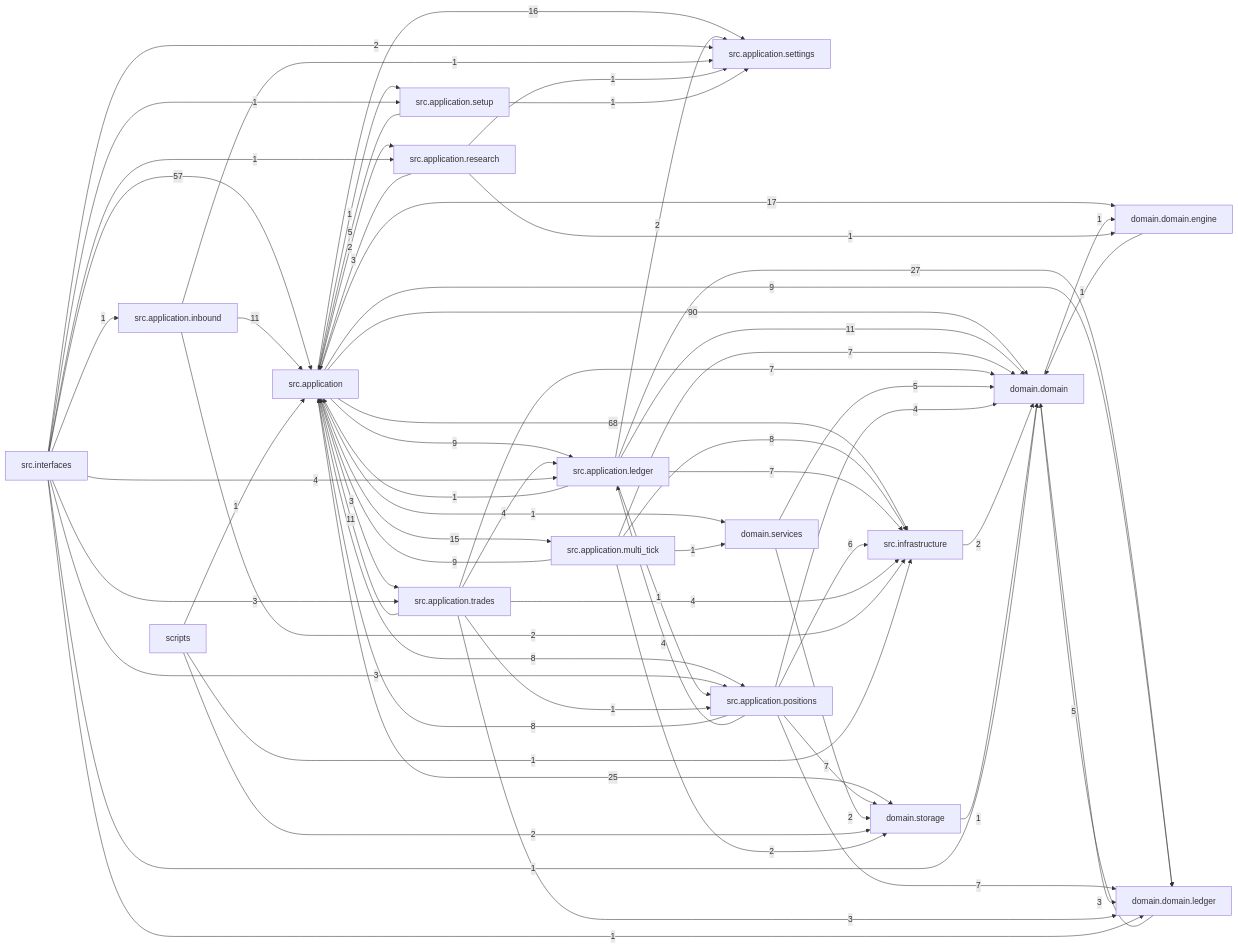
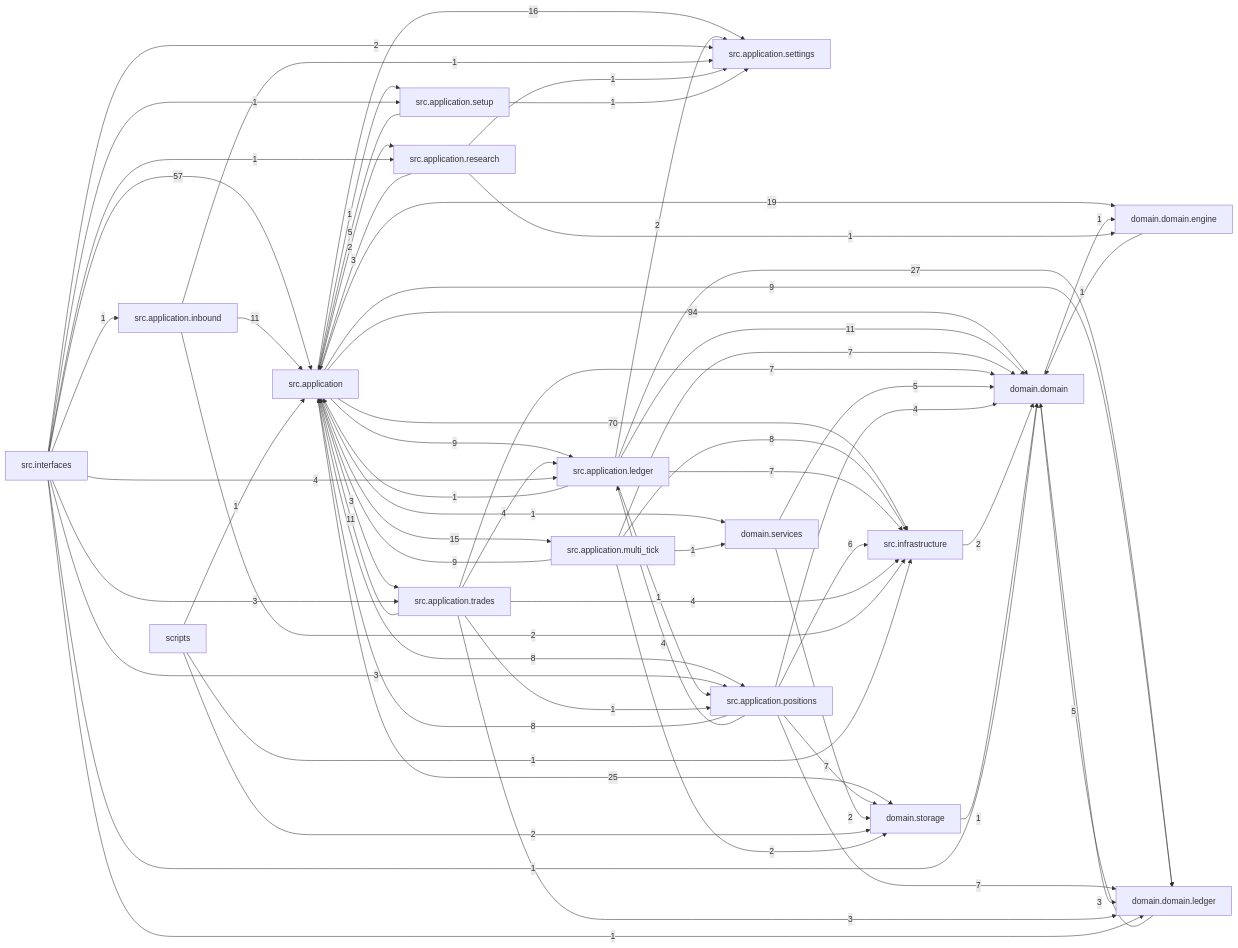
One commit to liuxie066/options-monitor changed the diagram in docs/dependency_graph.mmd. Above: the diagram before and after it, drawn with Mermaid. The commit also changed 36 other files, not shown here.

```diff
--- a/docs/dependency_graph.mmd
+++ b/docs/dependency_graph.mmd
@@ -1,66 +1,66 @@
 flowchart LR
-  src_application["src.application"] -->|90| domain_domain["domain.domain"]
-  src_application["src.application"] -->|68| src_infrastructure["src.infrastructure"]
+  src_application["src.application"] -->|94| domain_domain["domain.domain"]
+  src_application["src.application"] -->|70| src_infrastructure["src.infrastructure"]
   src_interfaces["src.interfaces"] -->|57| src_application["src.application"]
   src_application_ledger["src.application.ledger"] -->|27| domain_domain_ledger["domain.domain.ledger"]
   src_application["src.application"] -->|25| domain_storage["domain.storage"]
-  src_application["src.application"] -->|17| domain_domain_engine["domain.domain.engine"]
+  src_application["src.application"] -->|19| domain_domain_engine["domain.domain.engine"]
   src_application["src.application"] -->|16| src_application_settings["src.application.settings"]
   src_application["src.application"] -->|15| src_application_multi_tick["src.application.multi_tick"]
   src_application_inbound["src.application.inbound"] -->|11| src_application["src.application"]
   src_application_ledger["src.application.ledger"] -->|11| domain_domain["domain.domain"]
   src_application_trades["src.application.trades"] -->|11| src_application["src.application"]
   src_application["src.application"] -->|9| domain_domain_ledger["domain.domain.ledger"]
   src_application["src.application"] -->|9| src_application_ledger["src.application.ledger"]
   src_application_multi_tick["src.application.multi_tick"] -->|9| src_application["src.application"]
   src_application["src.application"] -->|8| src_application_positions["src.application.positions"]
   src_application_multi_tick["src.application.multi_tick"] -->|8| src_infrastructure["src.infrastructure"]
   src_application_positions["src.application.positions"] -->|8| src_application["src.application"]
   src_application_ledger["src.application.ledger"] -->|7| src_infrastructure["src.infrastructure"]
   src_application_multi_tick["src.application.multi_tick"] -->|7| domain_domain["domain.domain"]
   src_application_positions["src.application.positions"] -->|7| domain_domain_ledger["domain.domain.ledger"]
   src_application_positions["src.application.positions"] -->|7| domain_storage["domain.storage"]
   src_application_trades["src.application.trades"] -->|7| domain_domain["domain.domain"]
   src_application_positions["src.application.positions"] -->|6| src_infrastructure["src.infrastructure"]
   domain_domain_ledger["domain.domain.ledger"] -->|5| domain_domain["domain.domain"]
   domain_services["domain.services"] -->|5| domain_domain["domain.domain"]
   src_application_setup["src.application.setup"] -->|5| src_application["src.application"]
   src_application_positions["src.application.positions"] -->|4| domain_domain["domain.domain"]
   src_application_positions["src.application.positions"] -->|4| src_application_ledger["src.application.ledger"]
   src_application_trades["src.application.trades"] -->|4| src_application_ledger["src.application.ledger"]
   src_application_trades["src.application.trades"] -->|4| src_infrastructure["src.infrastructure"]
   src_interfaces["src.interfaces"] -->|4| src_application_ledger["src.application.ledger"]
   domain_domain["domain.domain"] -->|3| domain_domain_ledger["domain.domain.ledger"]
   src_application["src.application"] -->|3| src_application_trades["src.application.trades"]
   src_application_research["src.application.research"] -->|3| src_application["src.application"]
   src_application_trades["src.application.trades"] -->|3| domain_domain_ledger["domain.domain.ledger"]
   src_interfaces["src.interfaces"] -->|3| src_application_positions["src.application.positions"]
   src_interfaces["src.interfaces"] -->|3| src_application_trades["src.application.trades"]
   domain_services["domain.services"] -->|2| domain_storage["domain.storage"]
   scripts["scripts"] -->|2| domain_storage["domain.storage"]
   src_application["src.application"] -->|2| src_application_research["src.application.research"]
   src_application_inbound["src.application.inbound"] -->|2| src_infrastructure["src.infrastructure"]
   src_application_ledger["src.application.ledger"] -->|2| src_application_settings["src.application.settings"]
   src_application_multi_tick["src.application.multi_tick"] -->|2| domain_storage["domain.storage"]
   src_infrastructure["src.infrastructure"] -->|2| domain_domain["domain.domain"]
   src_interfaces["src.interfaces"] -->|2| src_application_settings["src.application.settings"]
   domain_domain["domain.domain"] -->|1| domain_domain_engine["domain.domain.engine"]
   domain_domain_engine["domain.domain.engine"] -->|1| domain_domain["domain.domain"]
   domain_storage["domain.storage"] -->|1| domain_domain["domain.domain"]
   scripts["scripts"] -->|1| src_application["src.application"]
   scripts["scripts"] -->|1| src_infrastructure["src.infrastructure"]
   src_application["src.application"] -->|1| domain_services["domain.services"]
   src_application["src.application"] -->|1| src_application_setup["src.application.setup"]
   src_application_inbound["src.application.inbound"] -->|1| src_application_settings["src.application.settings"]
   src_application_ledger["src.application.ledger"] -->|1| src_application["src.application"]
   src_application_ledger["src.application.ledger"] -->|1| src_application_positions["src.application.positions"]
   src_application_multi_tick["src.application.multi_tick"] -->|1| domain_services["domain.services"]
   src_application_research["src.application.research"] -->|1| domain_domain_engine["domain.domain.engine"]
   src_application_research["src.application.research"] -->|1| src_application_settings["src.application.settings"]
   src_application_setup["src.application.setup"] -->|1| src_application_settings["src.application.settings"]
   src_application_trades["src.application.trades"] -->|1| src_application_positions["src.application.positions"]
   src_interfaces["src.interfaces"] -->|1| domain_domain["domain.domain"]
   src_interfaces["src.interfaces"] -->|1| domain_domain_ledger["domain.domain.ledger"]
   src_interfaces["src.interfaces"] -->|1| src_application_inbound["src.application.inbound"]
   src_interfaces["src.interfaces"] -->|1| src_application_research["src.application.research"]
   src_interfaces["src.interfaces"] -->|1| src_application_setup["src.application.setup"]
```
